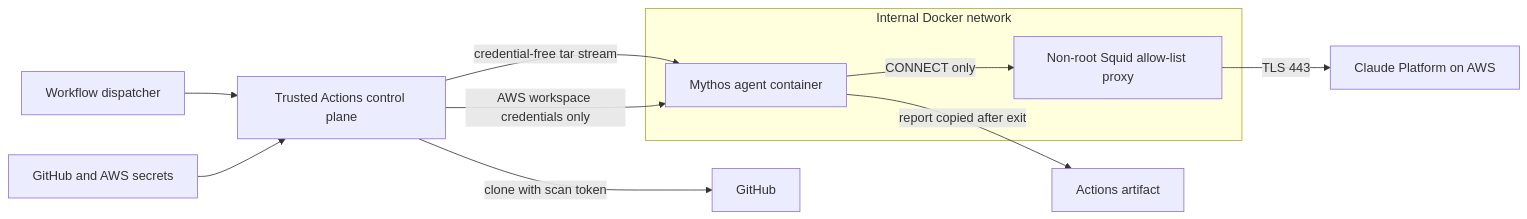
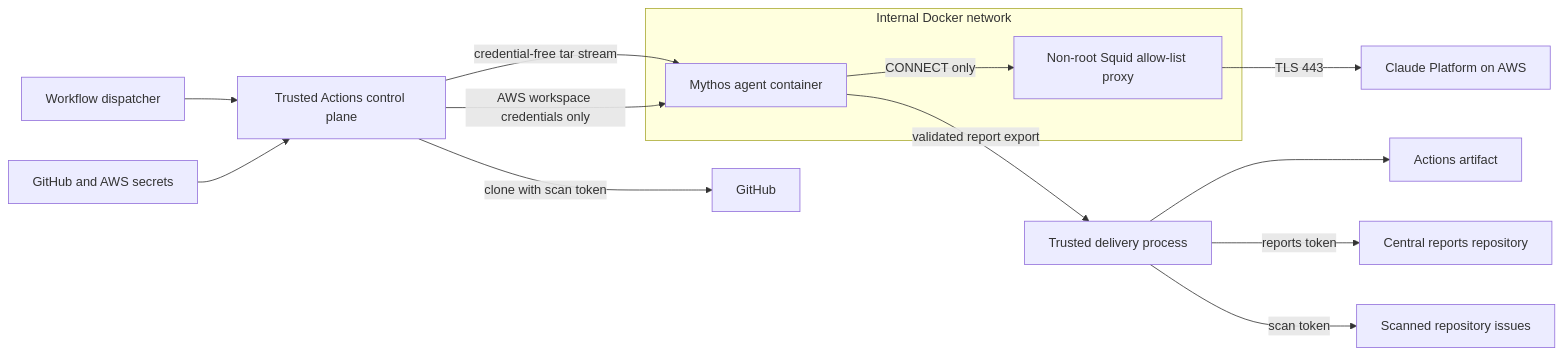
The diagram in docs/architecture/mythos-security-profile.md (SecurityUniversalOrg/ai-agent-harness), drawn with Mermaid before and after one commit. The commit also changed other lines of this file and 11 other files, not shown here.

````diff
--- a/docs/architecture/mythos-security-profile.md
+++ b/docs/architecture/mythos-security-profile.md
@@ -37,16 +39,19 @@
 ```mermaid
 flowchart LR
     operator[Workflow dispatcher] --> control[Trusted Actions control plane]
     secrets[GitHub and AWS secrets] --> control
     control -->|clone with scan token| github[GitHub]
     control -->|credential-free tar stream| agent[Mythos agent container]
     control -->|AWS workspace credentials only| agent
     agent -->|CONNECT only| proxy[Non-root Squid allow-list proxy]
     proxy -->|TLS 443| aws[Claude Platform on AWS]
-    agent -->|report copied after exit| artifact[Actions artifact]
+    agent -->|validated report export| delivery[Trusted delivery process]
+    delivery --> artifact[Actions artifact]
+    delivery -->|reports token| reports[Central reports repository]
+    delivery -->|scan token| issues[Scanned repository issues]
 
     subgraph isolated[Internal Docker network]
         agent
         proxy
     end
 ```
````
